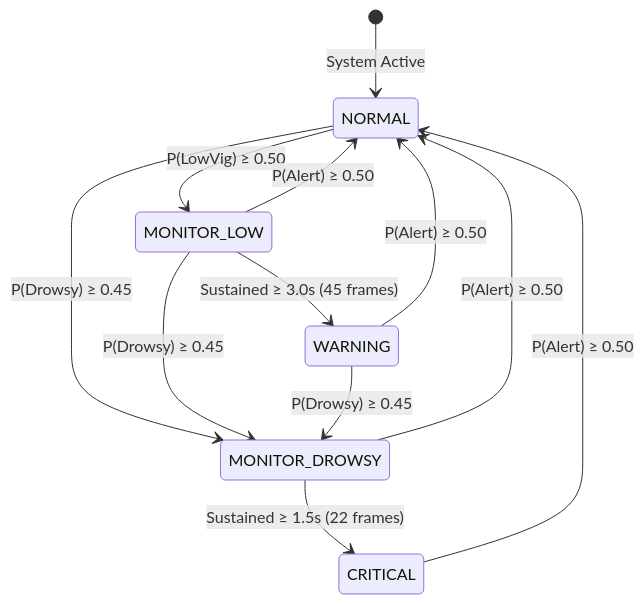
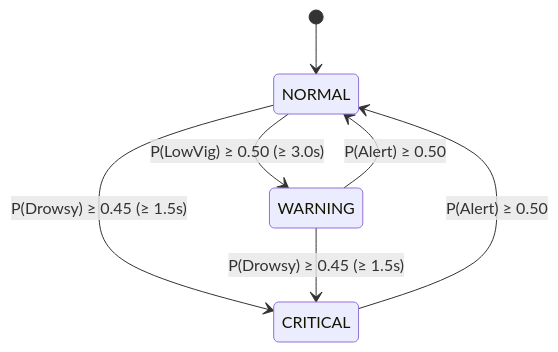
One commit to zoro1126/ALERT changed the third of 3 diagrams in README.md. Above: the diagram before and after it, drawn with Mermaid. The commit also changed other lines of this file, not shown here.

Commit message:
style(readme): simplify mermaid diagrams and remove custom colors

````diff
--- a/README.md
+++ b/README.md
@@ -303,19 +271,9 @@
 ```mermaid
 stateDiagram-v2
-    [*] --> NORMAL: System Active
-    
-    NORMAL --> MONITOR_LOW: P(LowVig) ≥ 0.50
-    MONITOR_LOW --> NORMAL: P(Alert) ≥ 0.50
-    MONITOR_LOW --> WARNING: Sustained ≥ 3.0s (45 frames)
-    
+    [*] --> NORMAL
+    NORMAL --> WARNING: P(LowVig) ≥ 0.50 (≥ 3.0s)
+    NORMAL --> CRITICAL: P(Drowsy) ≥ 0.45 (≥ 1.5s)
+    WARNING --> CRITICAL: P(Drowsy) ≥ 0.45 (≥ 1.5s)
     WARNING --> NORMAL: P(Alert) ≥ 0.50
-    
-    NORMAL --> MONITOR_DROWSY: P(Drowsy) ≥ 0.45
-    MONITOR_LOW --> MONITOR_DROWSY: P(Drowsy) ≥ 0.45
-    WARNING --> MONITOR_DROWSY: P(Drowsy) ≥ 0.45
-    
-    MONITOR_DROWSY --> NORMAL: P(Alert) ≥ 0.50
-    MONITOR_DROWSY --> CRITICAL: Sustained ≥ 1.5s (22 frames)
-    
     CRITICAL --> NORMAL: P(Alert) ≥ 0.50
 ```
````
